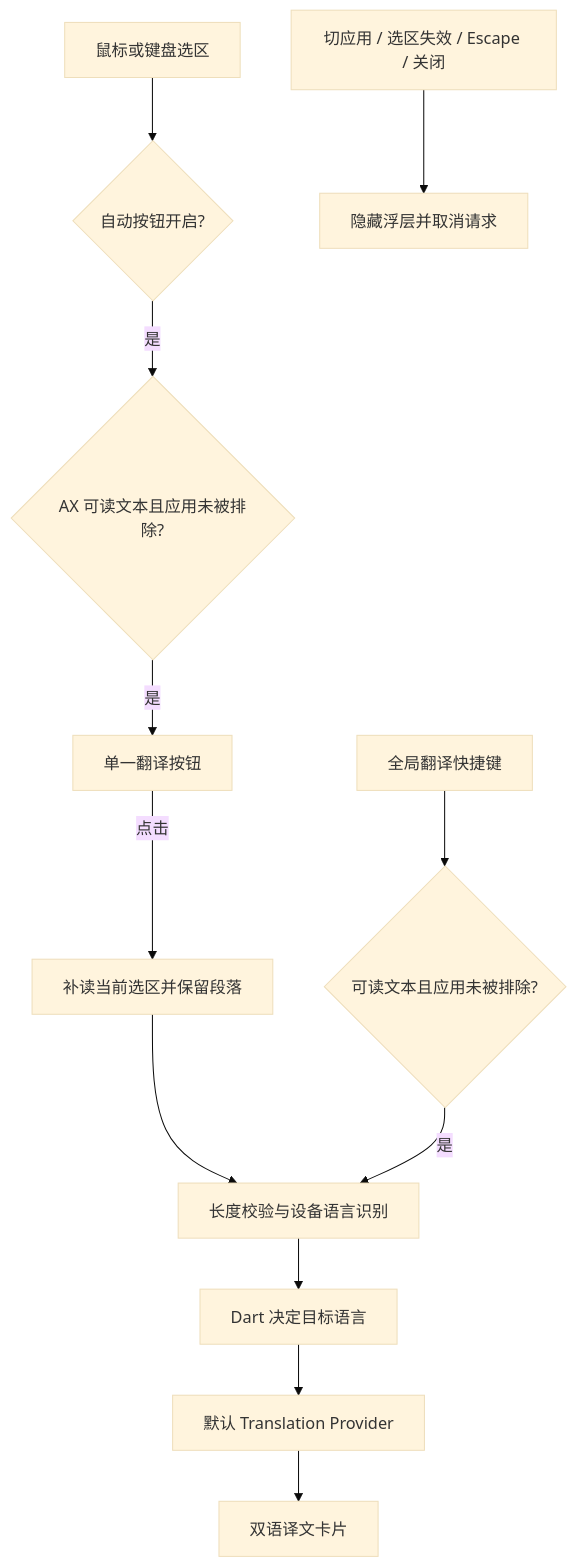
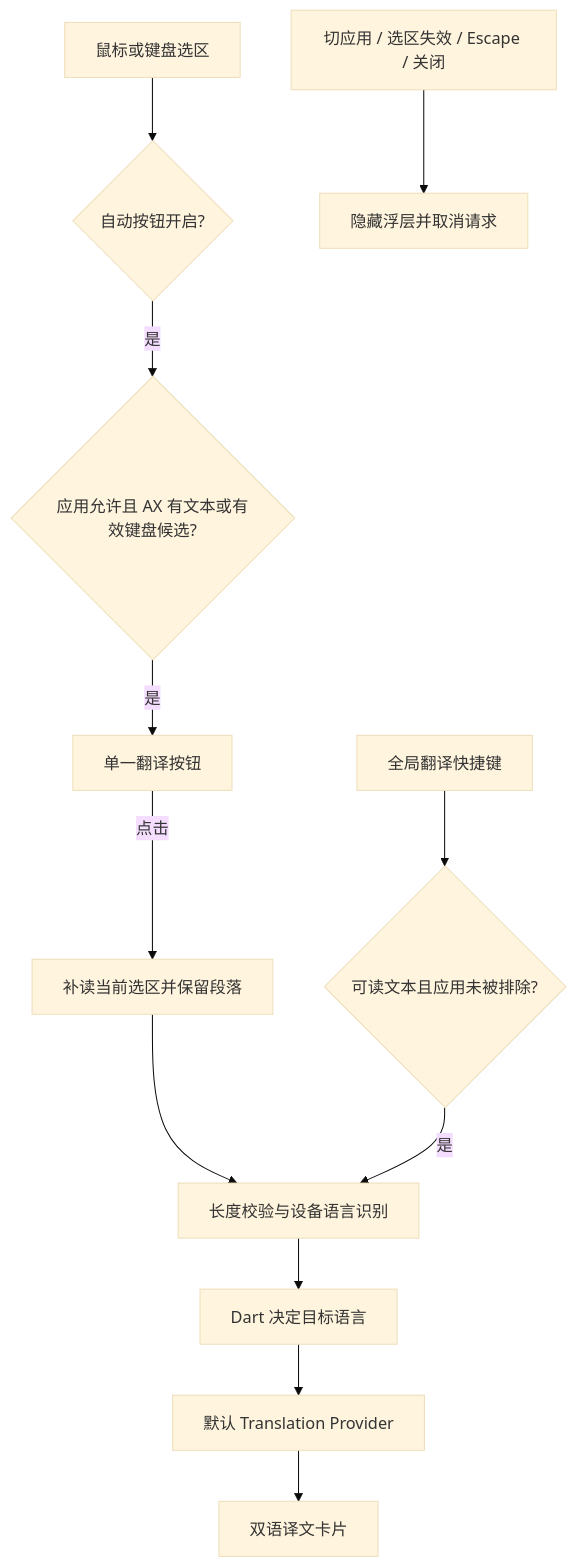
Before and after one commit to 1504101951/translateApp: the diagram in docs/architecture.md, drawn with Mermaid (base theme). The commit also changed other lines of this file and 19 other files, not shown here.

````diff
--- a/docs/architecture.md
+++ b/docs/architecture.md
@@ -15,14 +15,14 @@
 ```mermaid
 flowchart TD
     A[鼠标或键盘选区] --> B{自动按钮开启?}
-    B -- 是 --> C{AX 可读文本且应用未被排除?}
+    B -- 是 --> C{应用允许且 AX 有文本或有效键盘候选?}
     C -- 是 --> D[单一翻译按钮]
     D -- 点击 --> M[补读当前选区并保留段落]
     M --> F[长度校验与设备语言识别]
     E[全局翻译快捷键] --> G{可读文本且应用未被排除?}
     G -- 是 --> F
     F --> H[Dart 决定目标语言]
     H --> I[默认 Translation Provider]
     I --> J[双语译文卡片]
     K[切应用 / 选区失效 / Escape / 关闭] --> L[隐藏浮层并取消请求]
 ```
````
